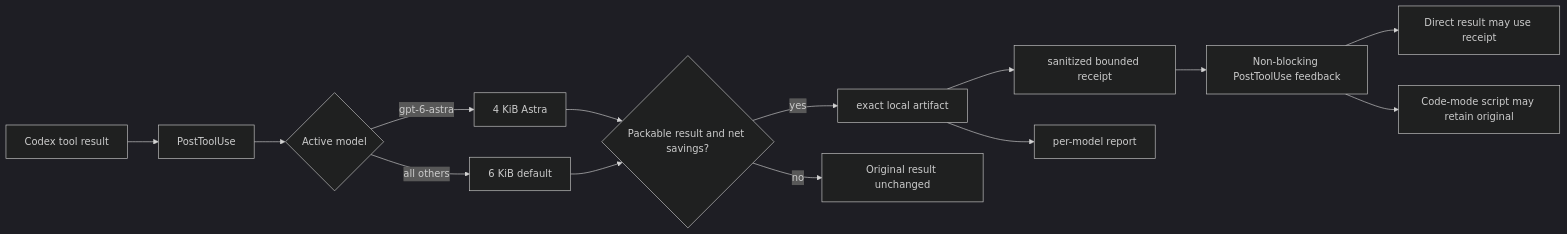
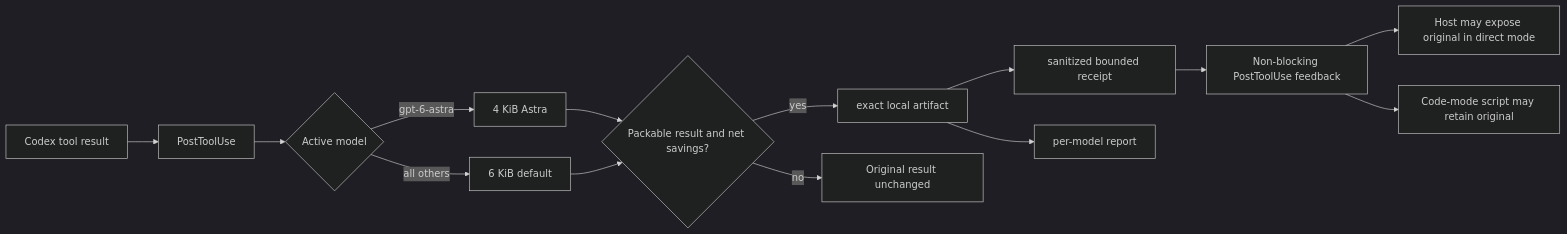
Before and after one commit to DmitrL-dev/SoLCodex: the second of 3 diagrams in docs/architecture.md, drawn with Mermaid (dark theme). The commit also changed other lines of this file and 1 other file, not shown here.

Commit message:
Record pre-tool capture boundary and release blockers

````diff
--- a/docs/architecture.md
+++ b/docs/architecture.md
@@ -24,16 +24,16 @@
 ```mermaid
 flowchart LR
   A[Codex tool result] --> B[PostToolUse]
   B --> C{Active model}
   C -->|gpt-6-astra| D[4 KiB Astra]
   C -->|all others| E[6 KiB default]
   D --> F{Packable result and net savings?}
   E --> F
   F -->|yes| G[exact local artifact]
   G --> H[sanitized bounded receipt]
   H --> I[Non-blocking PostToolUse feedback]
-  I --> J[Direct result may use receipt]
+  I --> J[Host may expose original in direct mode]
   I --> K[Code-mode script may retain original]
   G --> AR[per-model report]
   F -->|no| U[Original result unchanged]
 ```
````
